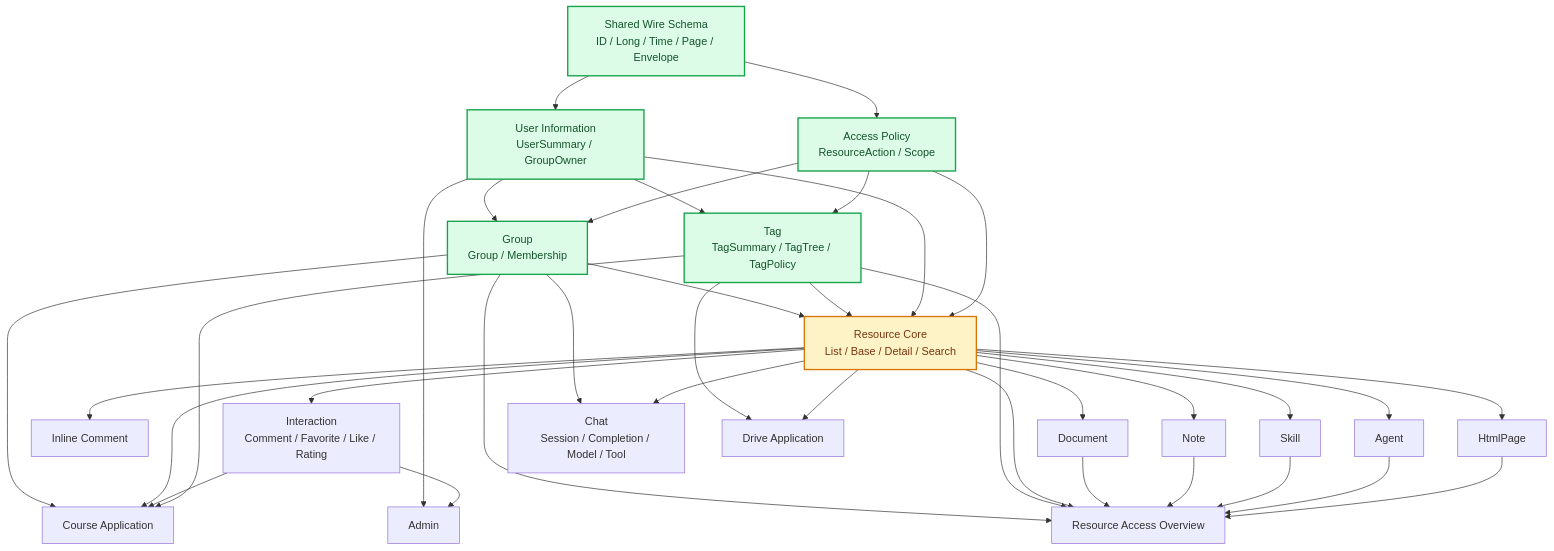
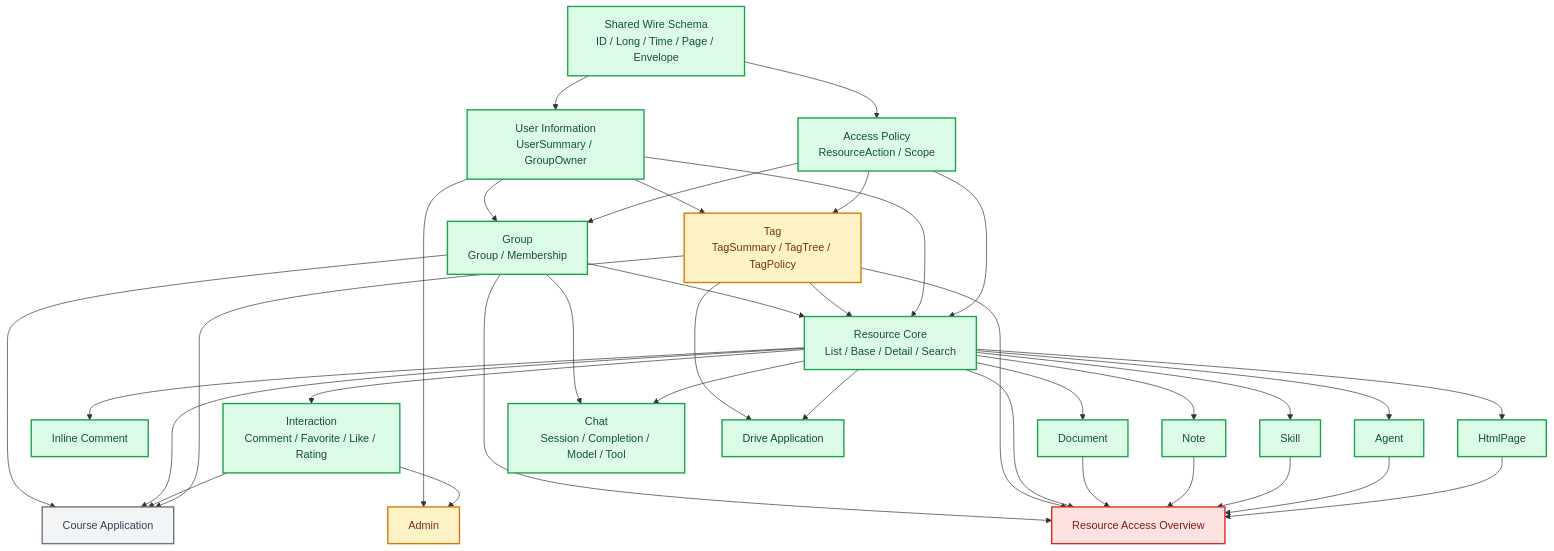
The diagram in agent/docs/schema-contract-roadmap.md (Oriole-FDU/WisePenView), drawn with Mermaid before and after one commit. The commit also changed other lines of this file, not shown here.

````diff
--- a/agent/docs/schema-contract-roadmap.md
+++ b/agent/docs/schema-contract-roadmap.md
@@ -36,62 +38,66 @@
 ```mermaid
 flowchart TD
   W[Shared Wire Schema<br/>ID / Long / Time / Page / Envelope]
   A[Access Policy<br/>ResourceAction / Scope]
   U[User Information<br/>UserSummary / GroupOwner]
   G[Group<br/>Group / Membership]
   T[Tag<br/>TagSummary / TagTree / TagPolicy]
   R[Resource Core<br/>List / Base / Detail / Search]
   I[Interaction<br/>Comment / Favorite / Like / Rating]
   C[Inline Comment]
   D[Document]
   N[Note]
   S[Skill]
   AG[Agent]
   H[HtmlPage]
   CH[Chat<br/>Session / Completion / Model / Tool]
   CO[Course Application]
   DR[Drive Application]
   RA[Resource Access Overview]
   AD[Admin]
 
   W --> A
   W --> U
   U --> G
   A --> G
   U --> T
   A --> T
   G --> R
   T --> R
   U --> R
   A --> R
   R --> I
   R --> C
   R --> D
   R --> N
   R --> S
   R --> AG
   R --> H
   G --> CH
   R --> CH
   G --> CO
   R --> CO
   I --> CO
   T --> CO
   T --> DR
   R --> DR
   G --> RA
   T --> RA
   R --> RA
   D --> RA
   N --> RA
   S --> RA
   AG --> RA
   H --> RA
   U --> AD
   I --> AD
 
   classDef completed fill:#dcfce7,stroke:#16a34a,color:#14532d,stroke-width:2px
-  classDef next fill:#fef3c7,stroke:#d97706,color:#78350f,stroke-width:2px
-  class W,A,U,T,G completed
-  class R next
+  classDef partial fill:#fef3c7,stroke:#d97706,color:#78350f,stroke-width:2px
+  classDef blocked fill:#fee2e2,stroke:#dc2626,color:#7f1d1d,stroke-width:2px
+  classDef decision fill:#f3f4f6,stroke:#6b7280,color:#374151,stroke-width:2px
+  class W,A,U,G,R,I,C,D,N,S,AG,H,CH,DR completed
+  class T,AD partial
+  class RA blocked
+  class CO decision
 ```
````
